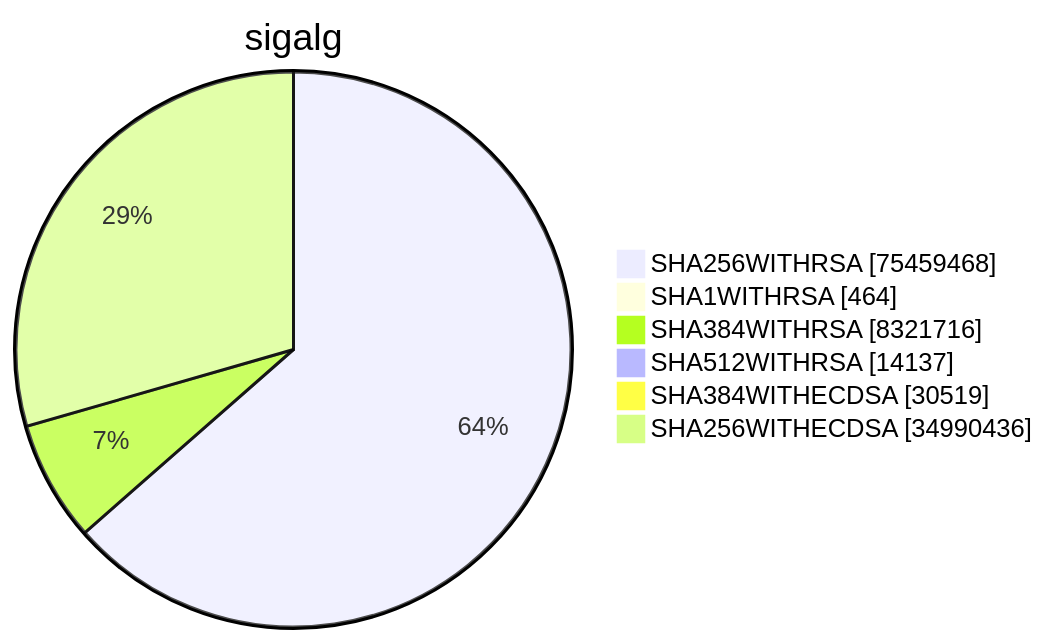
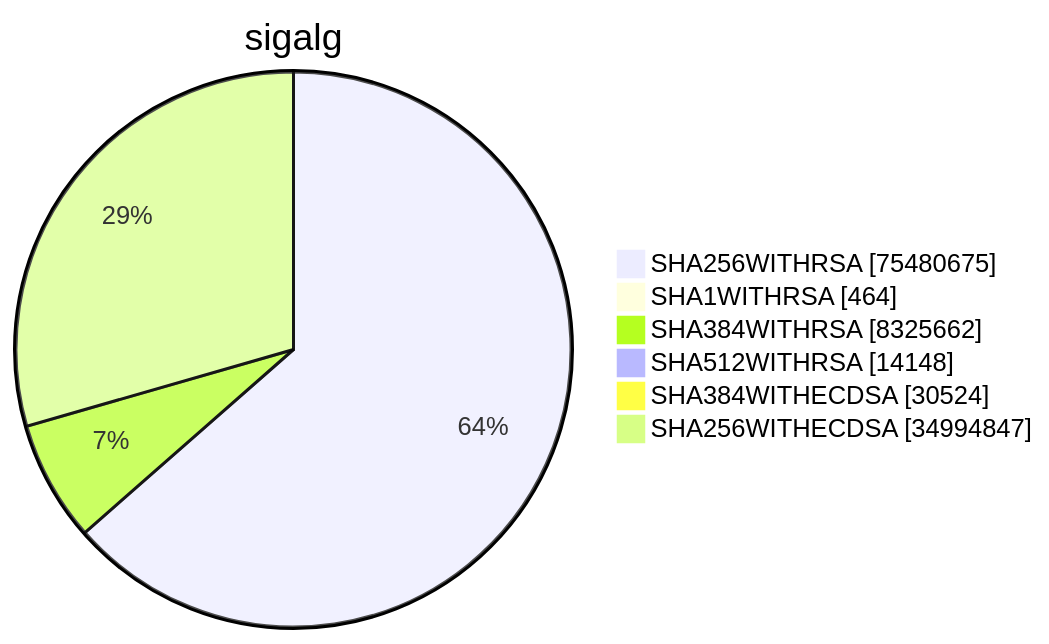
Before and after one commit to christiankrug/ctmonitor_visualization: diagram 15 of 15 in argon2023/README.md, drawn with Mermaid. The commit also changed other lines of this file, not shown here.

````diff
--- a/argon2023/README.md
+++ b/argon2023/README.md
@@ -4562,10 +4562,10 @@
 ```mermaid
 pie showData
 title sigalg
-"SHA256WITHRSA" :75459468
+"SHA256WITHRSA" :75480675
 "SHA1WITHRSA" :464
-"SHA384WITHRSA" :8321716
-"SHA512WITHRSA" :14137
-"SHA384WITHECDSA" :30519
-"SHA256WITHECDSA" :34990436
+"SHA384WITHRSA" :8325662
+"SHA512WITHRSA" :14148
+"SHA384WITHECDSA" :30524
+"SHA256WITHECDSA" :34994847
 ```
````
